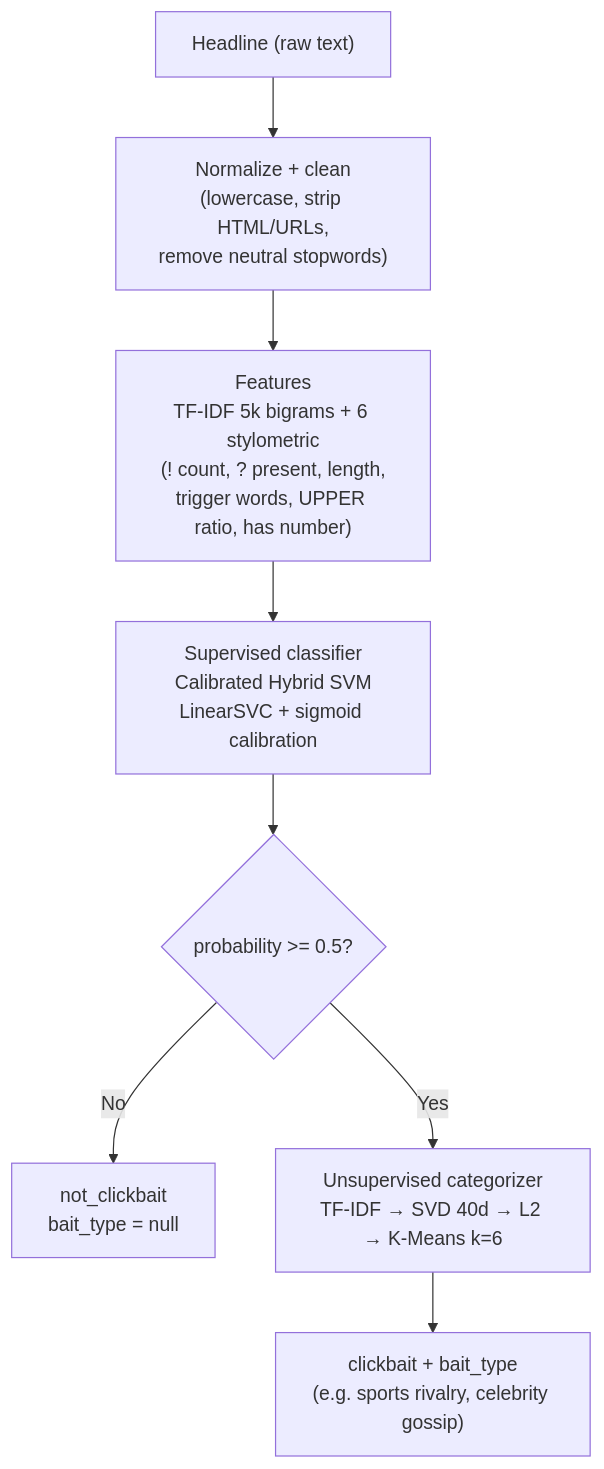
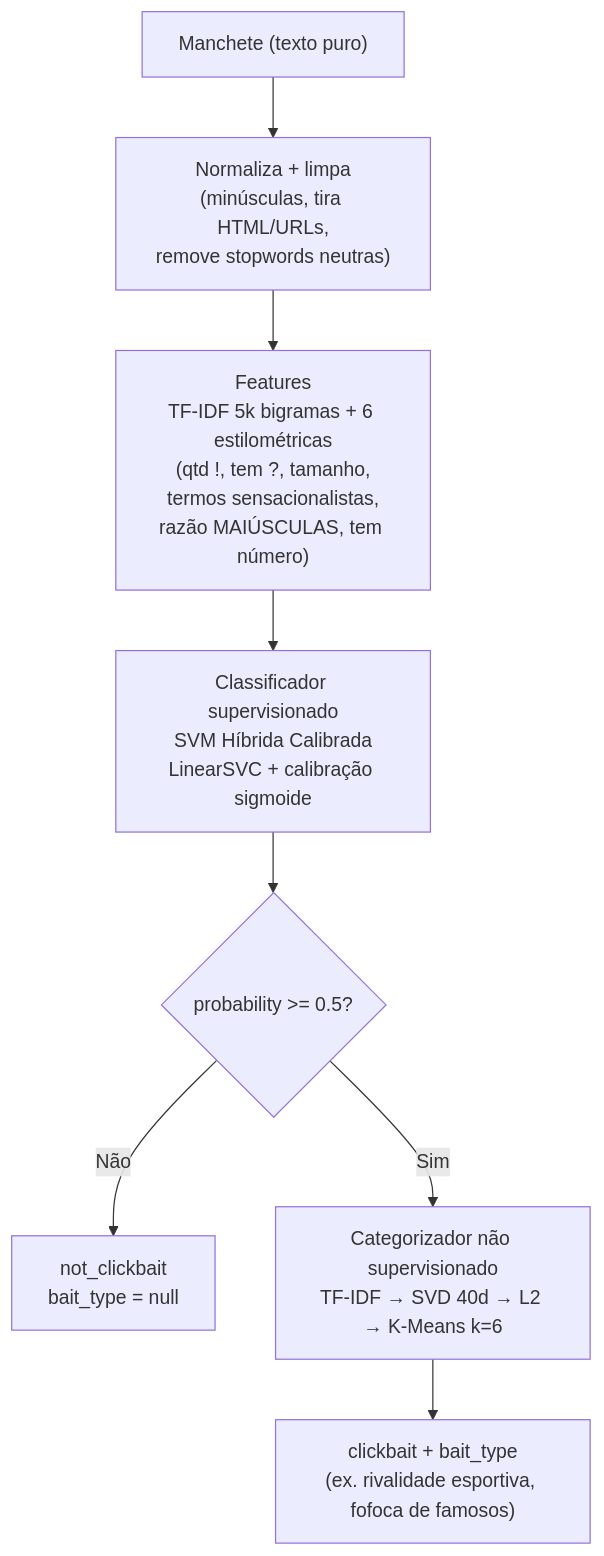
The first of 2 diagrams in README.md (gu-css/QuestionAI-api), drawn with Mermaid before and after one commit. The commit also changed other lines of this file and 21 other files, not shown here.

````diff
--- a/README.md
+++ b/README.md
@@ -36,10 +38,10 @@
 ```mermaid
 flowchart TD
-    A["Headline (raw text)"] --> B["Normalize + clean\n(lowercase, strip HTML/URLs,\nremove neutral stopwords)"]
-    B --> C["Features\nTF-IDF 5k bigrams + 6 stylometric\n(! count, ? present, length,\ntrigger words, UPPER ratio, has number)"]
-    C --> D["Supervised classifier\nCalibrated Hybrid SVM\nLinearSVC + sigmoid calibration"]
+    A["Manchete (texto puro)"] --> B["Normaliza + limpa\n(minúsculas, tira HTML/URLs,\nremove stopwords neutras)"]
+    B --> C["Features\nTF-IDF 5k bigramas + 6 estilométricas\n(qtd !, tem ?, tamanho,\ntermos sensacionalistas,\nrazão MAIÚSCULAS, tem número)"]
+    C --> D["Classificador supervisionado\nSVM Híbrida Calibrada\nLinearSVC + calibração sigmoide"]
     D --> E{"probability >= 0.5?"}
-    E -- No --> F["not_clickbait\nbait_type = null"]
-    E -- Yes --> G["Unsupervised categorizer\nTF-IDF → SVD 40d → L2 → K-Means k=6"]
-    G --> H["clickbait + bait_type\n(e.g. sports rivalry, celebrity gossip)"]
+    E -- Não --> F["not_clickbait\nbait_type = null"]
+    E -- Sim --> G["Categorizador não supervisionado\nTF-IDF → SVD 40d → L2 → K-Means k=6"]
+    G --> H["clickbait + bait_type\n(ex. rivalidade esportiva, fofoca de famosos)"]
 ```
````
